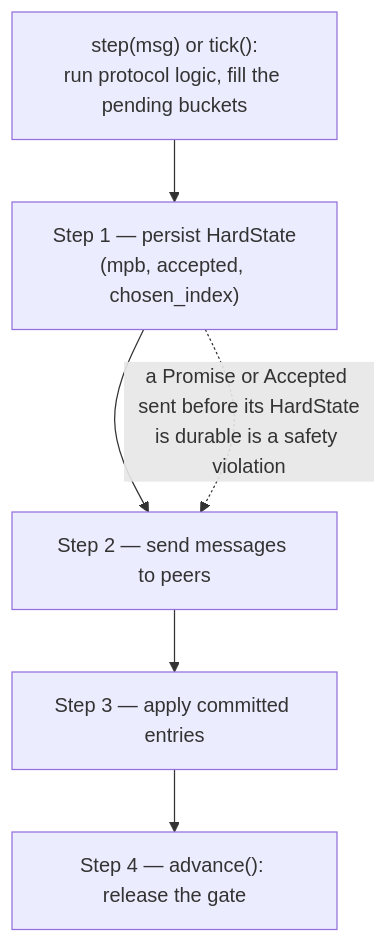
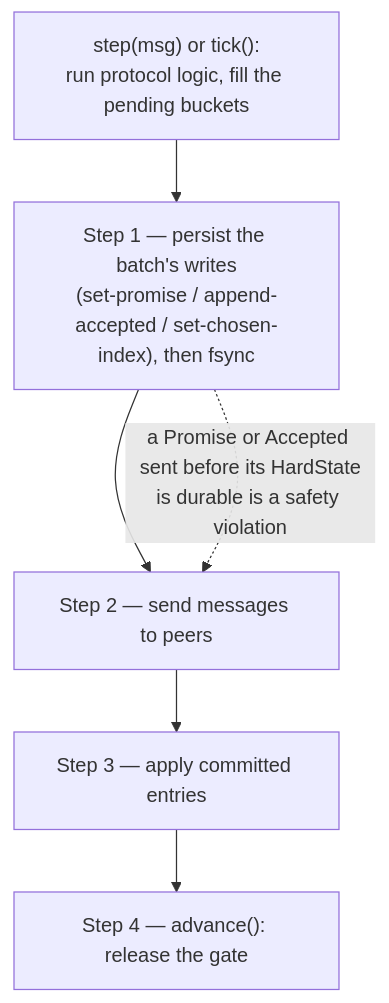
The first of 4 diagrams in book/src/restart-safety.md (PierreZ/paros), drawn with Mermaid before and after one commit. The commit also changed other lines of this file and 8 other files, not shown here.

````diff
--- a/book/src/restart-safety.md
+++ b/book/src/restart-safety.md
@@ -43,10 +55,10 @@
 ```mermaid
 flowchart TD
     step["step(msg) or tick():<br/>run protocol logic, fill the pending buckets"]
-    r1["Step 1 — persist HardState<br/>(mpb, accepted, chosen_index)"]
+    r1["Step 1 — persist the batch's writes<br/>(set-promise / append-accepted / set-chosen-index), then fsync"]
     r2["Step 2 — send messages to peers"]
     r3["Step 3 — apply committed entries"]
     r4["Step 4 — advance(): release the gate"]
     step --> r1 --> r2 --> r3 --> r4
     r1 -. "a Promise or Accepted sent before its HardState<br/>is durable is a safety violation" .-> r2
 ```
````
